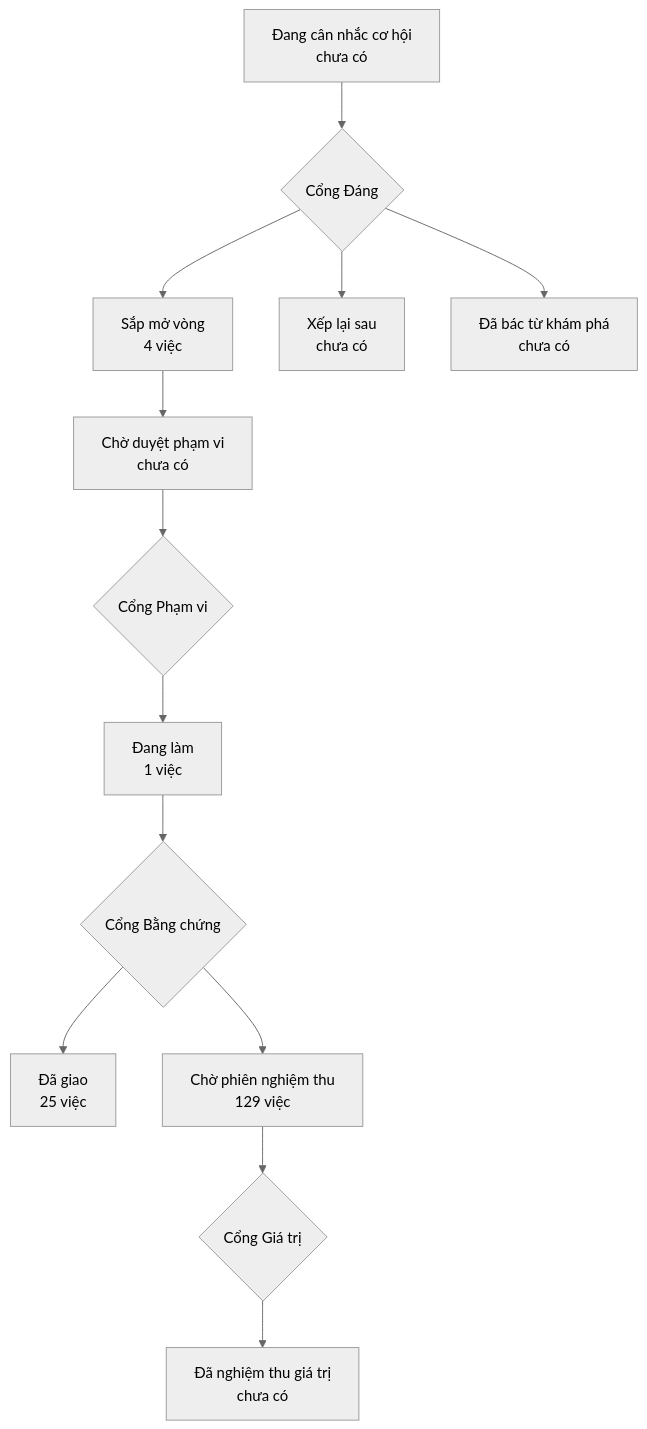
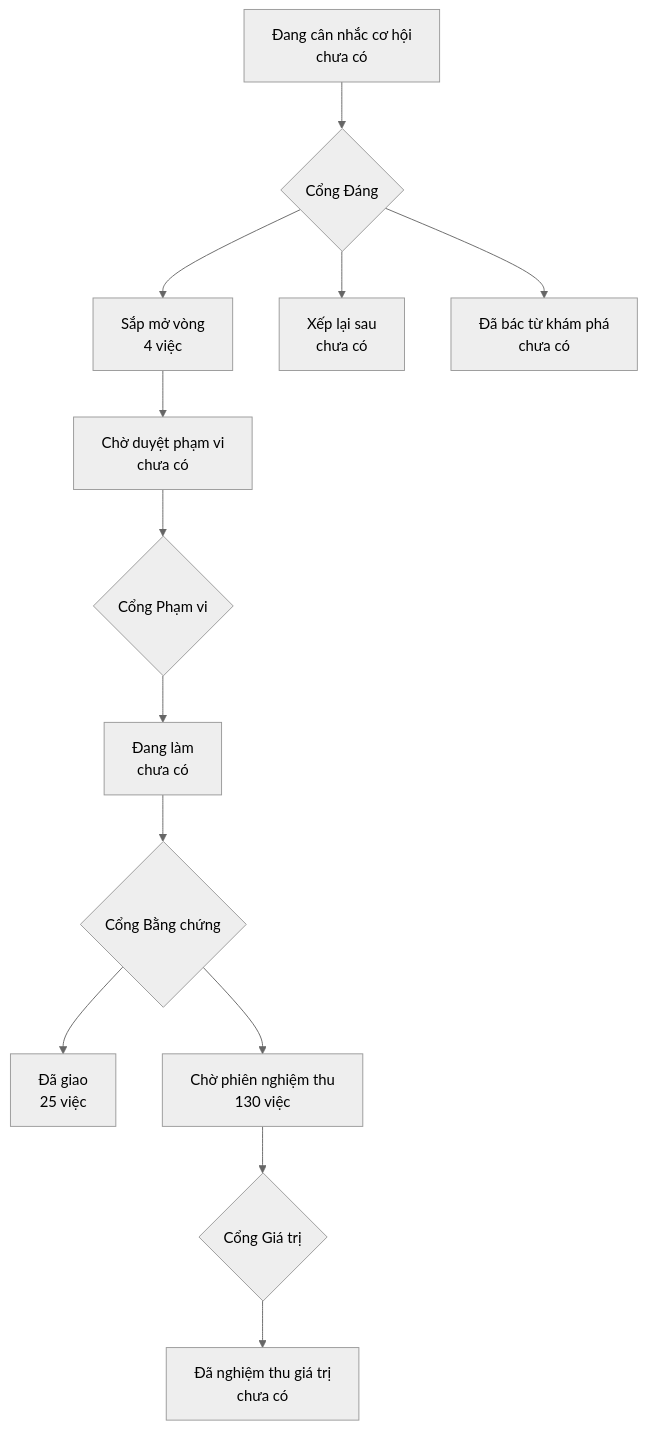
The diagram in PRODUCT-MAP.md (phanlemanh/onehub-quy-hang), drawn with Mermaid (neutral theme) before and after one commit. The commit also changed other lines of this file and 4 other files, not shown here.

````diff
--- a/PRODUCT-MAP.md
+++ b/PRODUCT-MAP.md
@@ -7,12 +7,12 @@
 ```mermaid
 flowchart TD
   A["Đang cân nhắc cơ hội<br/>chưa có"] --> GD{"Cổng Đáng"}
   GD --> B["Sắp mở vòng<br/>4 việc"]
   GD --> XL["Xếp lại sau<br/>chưa có"]
   GD --> DB["Đã bác từ khám phá<br/>chưa có"]
   B --> CD["Chờ duyệt phạm vi<br/>chưa có"] --> GP{"Cổng Phạm vi"}
-  GP --> DL["Đang làm<br/>1 việc"] --> GB{"Cổng Bằng chứng"}
+  GP --> DL["Đang làm<br/>chưa có"] --> GB{"Cổng Bằng chứng"}
   GB --> DG["Đã giao<br/>25 việc"]
-  GB --> CN["Chờ phiên nghiệm thu<br/>129 việc"] --> GG{"Cổng Giá trị"}
+  GB --> CN["Chờ phiên nghiệm thu<br/>130 việc"] --> GG{"Cổng Giá trị"}
   GG --> NT["Đã nghiệm thu giá trị<br/>chưa có"]
 ```
````
